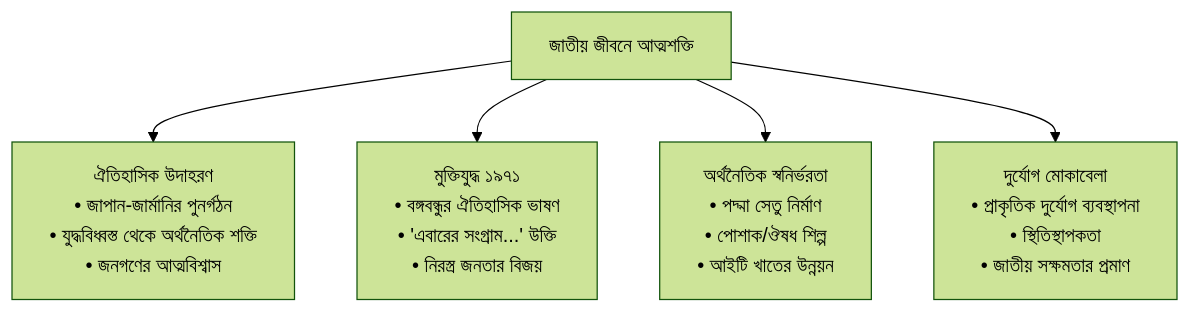
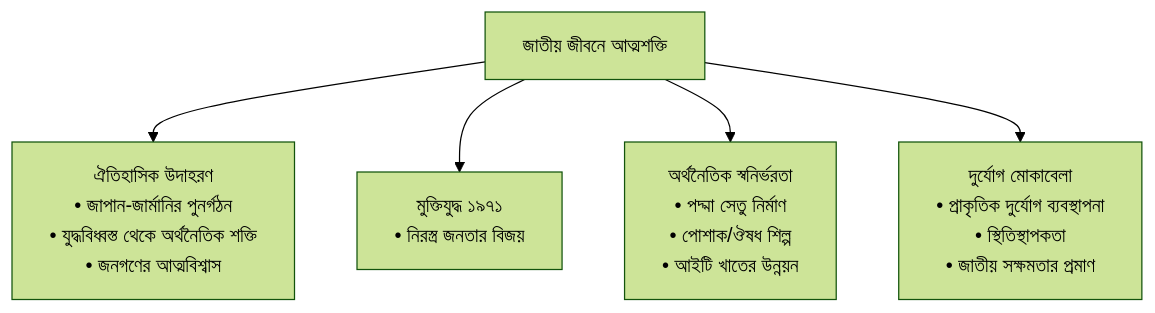
One commit to hasibulhasan1542/Obsidian changed diagram 13 of 22 in Bangla/রচনা.md. Above: the diagram before and after it, drawn with Mermaid (forest theme). The commit also changed other lines of this file and 1 other file, not shown here.

````diff
--- a/Bangla/রচনা.md
+++ b/Bangla/রচনা.md
@@ -422,22 +424,20 @@
 ```mermaid
 flowchart TD
     N["জাতীয় জীবনে আত্মশক্তি"] --> H["ঐতিহাসিক উদাহরণ
     • জাপান-জার্মানির পুনর্গঠন
     • যুদ্ধবিধ্বস্ত থেকে অর্থনৈতিক শক্তি
     • জনগণের আত্মবিশ্বাস"]
     
     N --> L["মুক্তিযুদ্ধ ১৯৭১
-    • বঙ্গবন্ধুর ঐতিহাসিক ভাষণ
-    • 'এবারের সংগ্রাম...' উক্তি
     • নিরস্ত্র জনতার বিজয়"]
     
     N --> E["অর্থনৈতিক স্বনির্ভরতা
     • পদ্মা সেতু নির্মাণ
     • পোশাক/ঔষধ শিল্প
     • আইটি খাতের উন্নয়ন"]
     
     N --> D["দুর্যোগ মোকাবেলা
     • প্রাকৃতিক দুর্যোগ ব্যবস্থাপনা
     • স্থিতিস্থাপকতা
     • জাতীয় সক্ষমতার প্রমাণ"]
 ```
````
